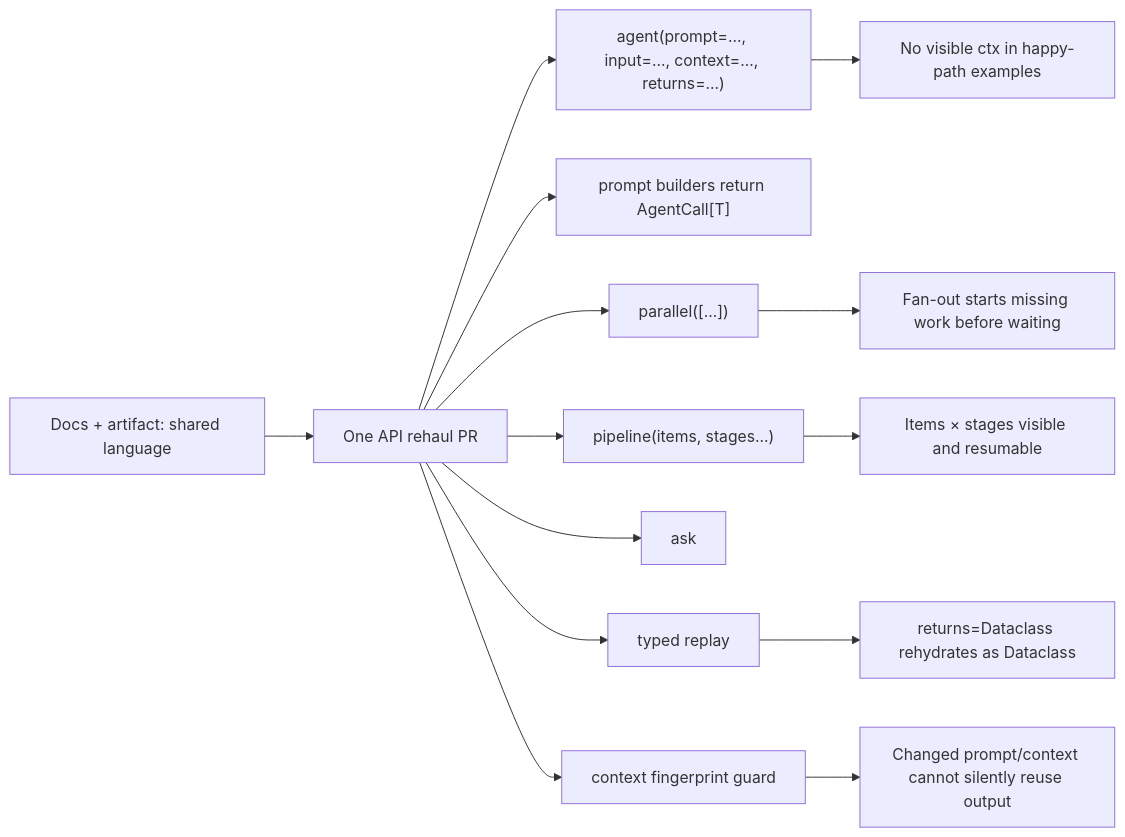
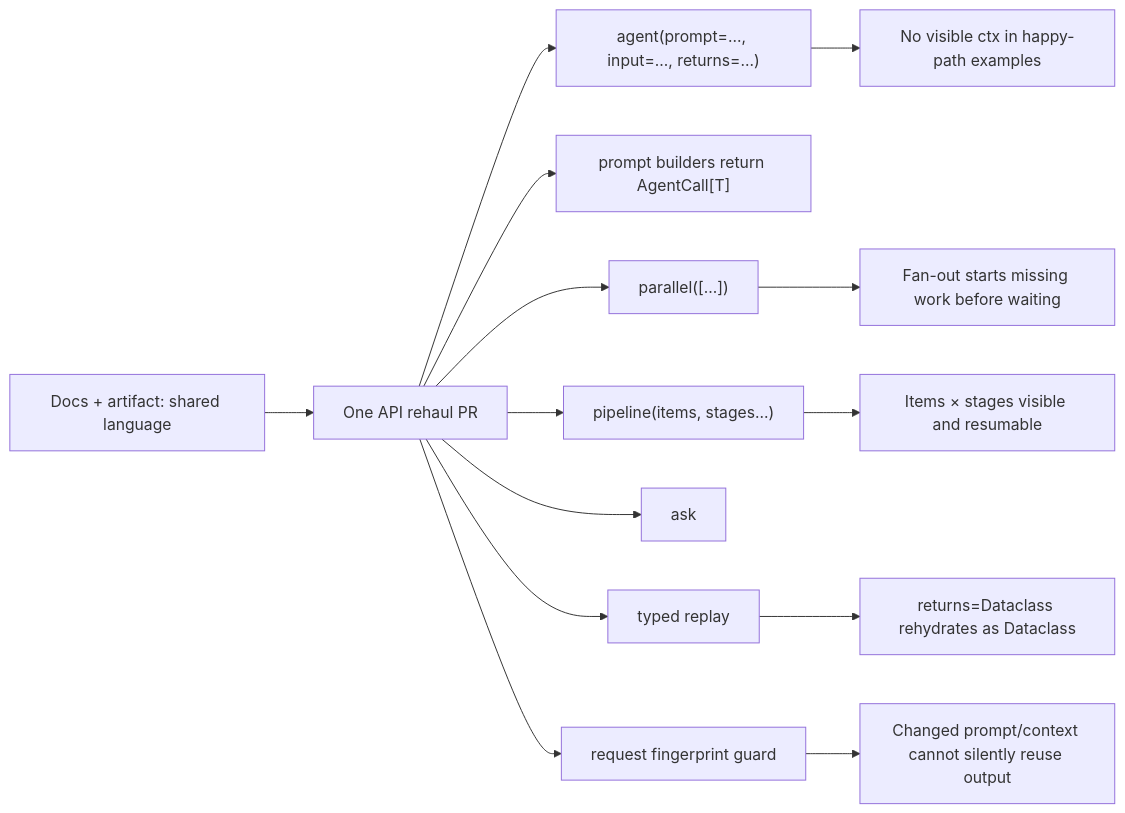
One commit to skylarbpayne/hermes-workflows changed the tenth of 13 diagrams in docs/plans/2026-06-12-agent-parallel-pipeline-api-visual-plan.md. Above: the diagram before and after it, drawn with Mermaid. The commit also changed other lines of this file and 9 other files, not shown here.

````diff
--- a/docs/plans/2026-06-12-agent-parallel-pipeline-api-visual-plan.md
+++ b/docs/plans/2026-06-12-agent-parallel-pipeline-api-visual-plan.md
@@ -382,18 +381,18 @@
 ```mermaid
 flowchart LR
     P0["Docs + artifact: shared language"] --> P1["One API rehaul PR"]
 
-    P1 --> A["agent(prompt=..., input=..., context=..., returns=...)"]
+    P1 --> A["agent(prompt=..., input=..., returns=...)"]
     P1 --> B["prompt builders return AgentCall[T]"]
     P1 --> C["parallel([...])"]
     P1 --> D["pipeline(items, stages...)"]
     P1 --> E["ask"]
     P1 --> F["typed replay"]
-    P1 --> G["context fingerprint guard"]
+    P1 --> G["request fingerprint guard"]
 
     A --> T1["No visible ctx in happy-path examples"]
     C --> T2["Fan-out starts missing work before waiting"]
     D --> T3["Items × stages visible and resumable"]
     F --> T4["returns=Dataclass rehydrates as Dataclass"]
     G --> T5["Changed prompt/context cannot silently reuse output"]
 ```
````
